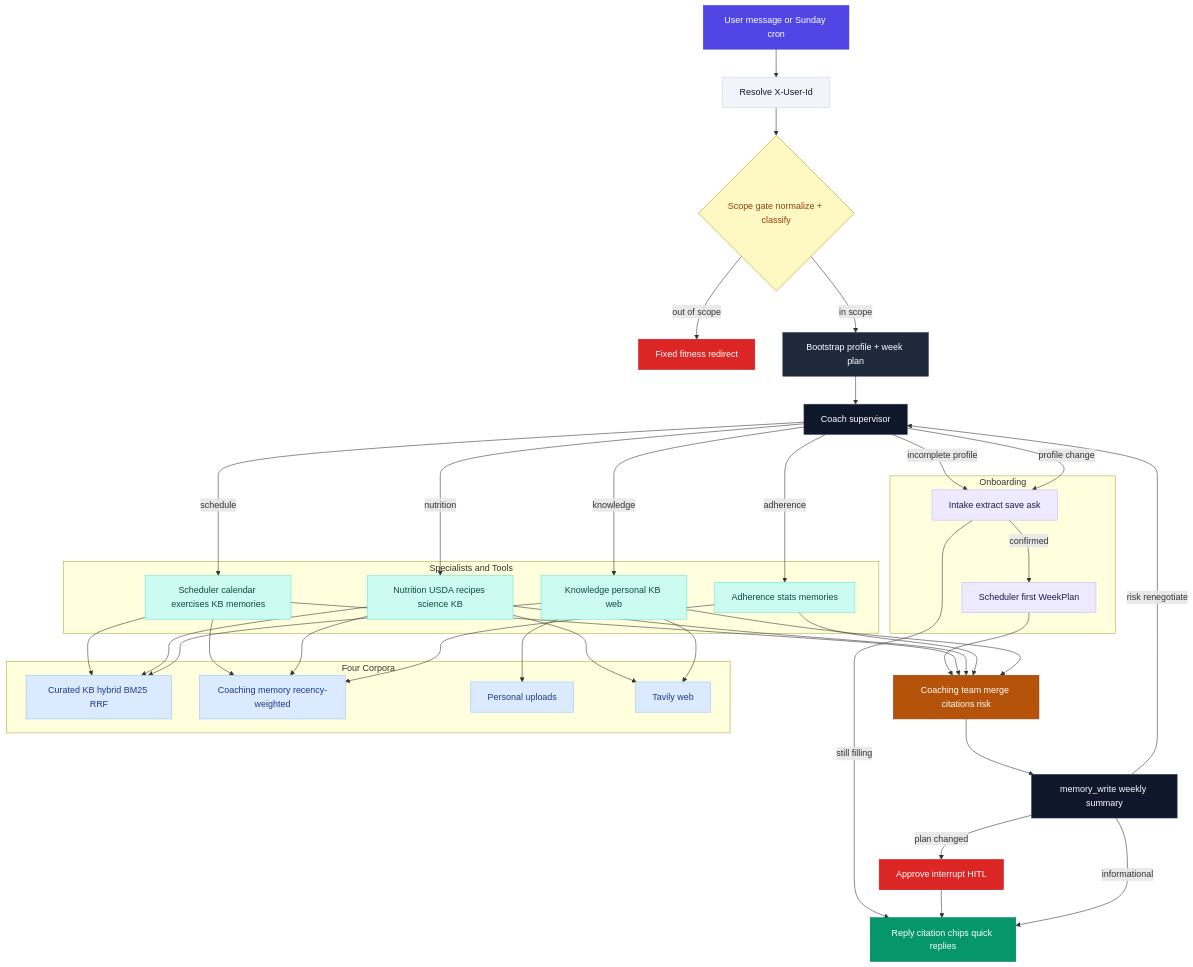
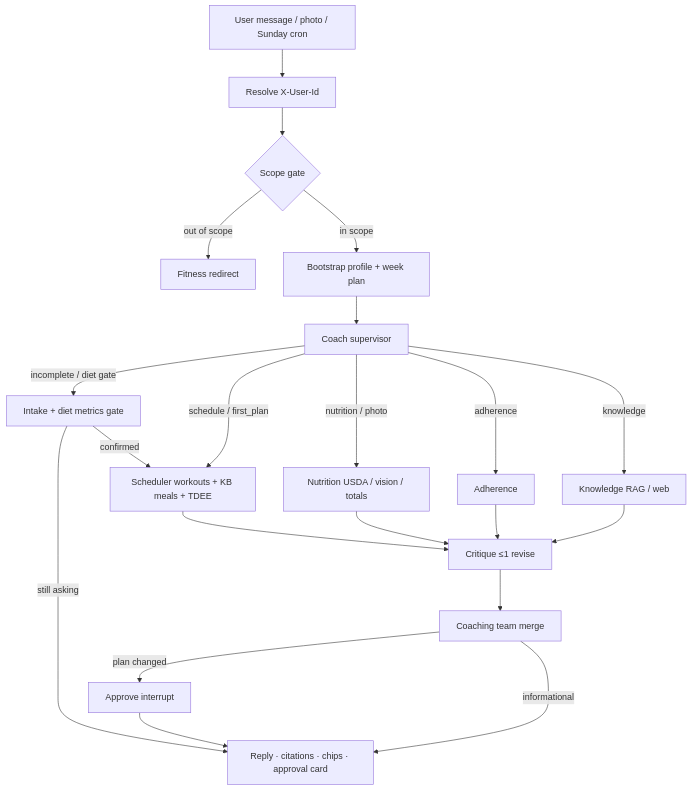
Before and after one commit to saurabhIU/SteadyFit: the second of 2 diagrams in README.md, drawn with Mermaid. The commit also changed other lines of this file and 2 other files, not shown here.

````diff
--- a/README.md
+++ b/README.md
@@ -149,87 +151,36 @@
 ```mermaid
 flowchart TD
-    MSG[User message or Sunday cron]
+    MSG[User message / photo / Sunday cron]
     HDR[Resolve X-User-Id]
-    GATE{Scope gate normalize + classify}
-    REFUSE[Fixed fitness redirect]
+    GATE{Scope gate}
+    REFUSE[Fitness redirect]
     BOOT[Bootstrap profile + week plan]
     COACH[Coach supervisor]
+    INT[Intake + diet metrics gate]
+    SCH[Scheduler workouts + KB meals + TDEE]
+    NUT[Nutrition USDA / vision / totals]
+    ADH[Adherence]
+    KNOW[Knowledge RAG / web]
+    CRIT[Critique ≤1 revise]
+    TEAM[Coaching team merge]
+    HITL[Approve interrupt]
+    OUT[Reply · citations · chips · approval card]
 
-    subgraph INTAKE[Onboarding]
-        INT[Intake extract save ask]
-        SCH1[Scheduler first WeekPlan]
-    end
-
-    subgraph SPECIALISTS[Specialists and Tools]
-        SCH[Scheduler calendar exercises KB memories]
-        NUT[Nutrition USDA recipes science KB]
-        ADH[Adherence stats memories]
-        KNOW[Knowledge personal KB web]
-    end
-
-    subgraph RETRIEVAL[Four Corpora]
-        R1[Curated KB hybrid BM25 RRF]
-        R2[Coaching memory recency-weighted]
-        R3[Personal uploads]
-        R4[Tavily web]
-    end
-
-    TEAM[Coaching team merge citations risk]
-    MWRITE[memory_write weekly summary]
-    HITL[Approve interrupt HITL]
-    OUT[Reply citation chips quick replies]
-
-    MSG --> HDR
-    HDR --> GATE
+    MSG --> HDR --> GATE
     GATE -->|out of scope| REFUSE
-    GATE -->|in scope| BOOT
-    BOOT --> COACH
-    COACH -->|incomplete profile| INT
-    INT -->|still filling| OUT
-    INT -->|confirmed| SCH1
-    SCH1 --> TEAM
-    COACH -->|profile change| INT
-    COACH -->|schedule| SCH
-    COACH -->|nutrition| NUT
+    GATE -->|in scope| BOOT --> COACH
+    COACH -->|incomplete / diet gate| INT
+    INT -->|still asking| OUT
+    INT -->|confirmed| SCH
+    COACH -->|schedule / first_plan| SCH
+    COACH -->|nutrition / photo| NUT
     COACH -->|adherence| ADH
     COACH -->|knowledge| KNOW
-    SCH --> R1
-    SCH --> R2
-    NUT --> R1
-    NUT --> R2
-    NUT --> R4
-    ADH --> R2
-    KNOW --> R1
-    KNOW --> R3
-    KNOW --> R4
-    SCH --> TEAM
-    NUT --> TEAM
-    ADH --> TEAM
-    KNOW --> TEAM
-    TEAM --> MWRITE
-    MWRITE -->|risk renegotiate| COACH
-    MWRITE -->|plan changed| HITL
-    HITL --> OUT
-    MWRITE -->|informational| OUT
-
-    style MSG fill:#4f46e5,stroke:#4338ca,color:#fff
-    style OUT fill:#059669,stroke:#047857,color:#fff
-    style REFUSE fill:#dc2626,stroke:#b91c1c,color:#fff
-    style BOOT fill:#1e293b,stroke:#334155,color:#fff
-    style COACH fill:#0f172a,stroke:#334155,color:#fff
-    style TEAM fill:#b45309,stroke:#92400e,color:#fff
-    style MWRITE fill:#0f172a,stroke:#334155,color:#fff
-    style HITL fill:#dc2626,stroke:#b91c1c,color:#fff
-    style HDR fill:#f1f5f9,stroke:#cbd5e1,color:#0f172a
-    style GATE fill:#fef9c3,stroke:#ca8a04,color:#92400e
-    style INT fill:#ede9fe,stroke:#c4b5fd,color:#1e1b4b
-    style SCH1 fill:#ede9fe,stroke:#c4b5fd,color:#1e1b4b
-    style SCH fill:#ccfbf1,stroke:#5eead4,color:#0f4c3a
-    style NUT fill:#ccfbf1,stroke:#5eead4,color:#0f4c3a
-    style ADH fill:#ccfbf1,stroke:#5eead4,color:#0f4c3a
-    style KNOW fill:#ccfbf1,stroke:#5eead4,color:#0f4c3a
-    style R1 fill:#dbeafe,stroke:#93c5fd,color:#1e3a8a
-    style R2 fill:#dbeafe,stroke:#93c5fd,color:#1e3a8a
-    style R3 fill:#dbeafe,stroke:#93c5fd,color:#1e3a8a
-    style R4 fill:#dbeafe,stroke:#93c5fd,color:#1e3a8a
+    SCH --> CRIT
+    NUT --> CRIT
+    ADH --> CRIT
+    KNOW --> CRIT
+    CRIT --> TEAM
+    TEAM -->|plan changed| HITL --> OUT
+    TEAM -->|informational| OUT
 ```
````
